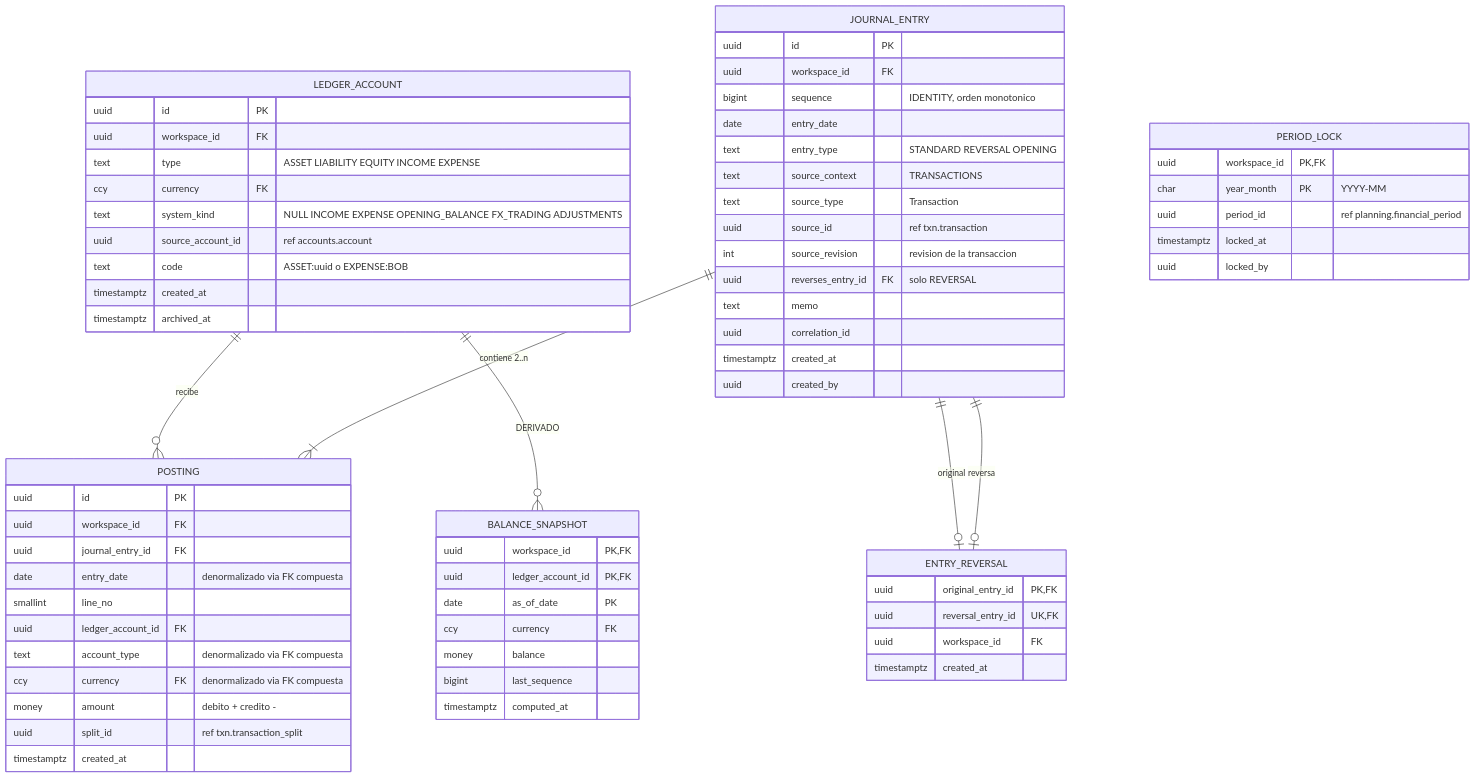
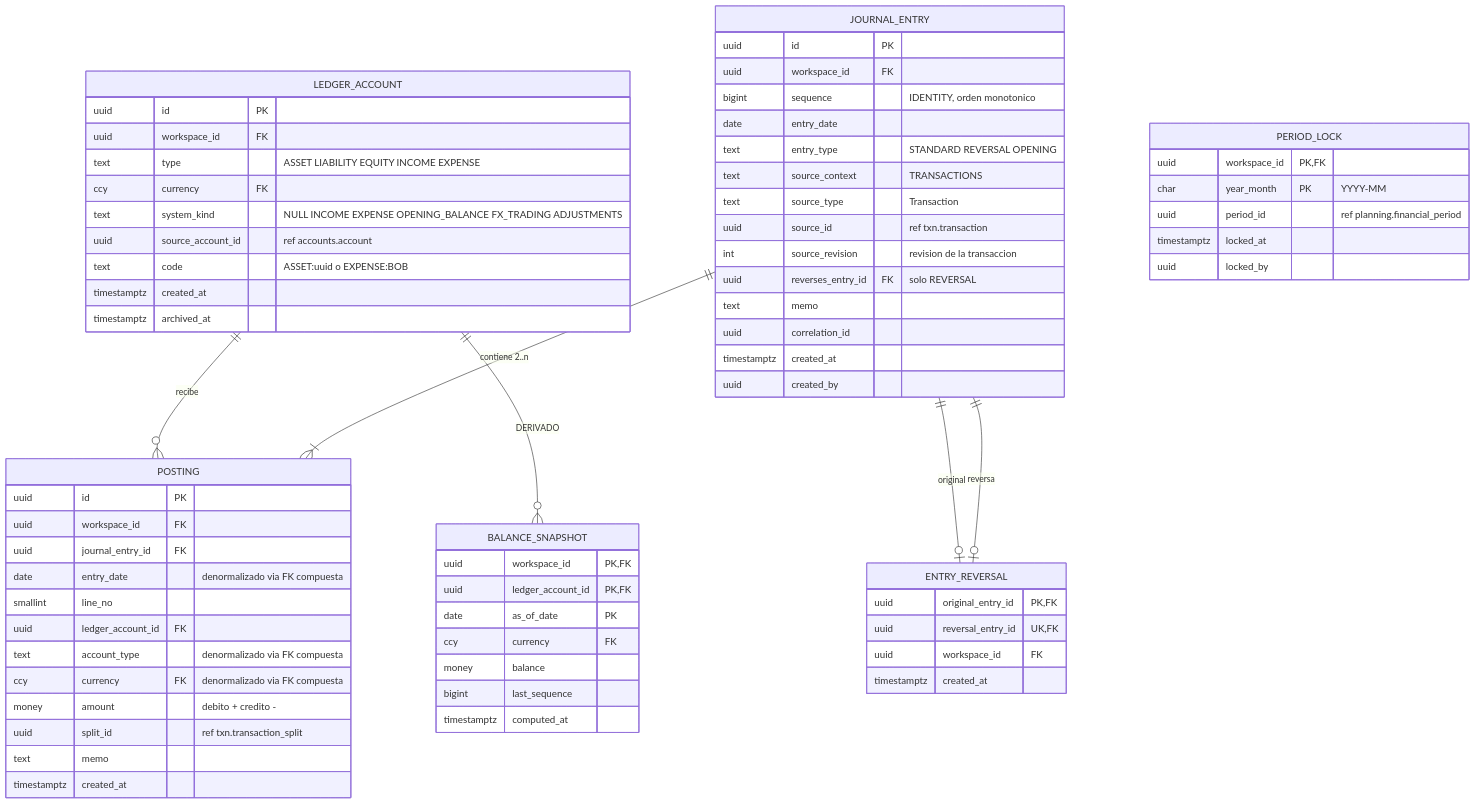
The fifth of 21 diagrams in docs/08-data-model.md (manuXD270516/personal-finances), drawn with Mermaid before and after one commit. The commit also changed other lines of this file and 34 other files, not shown here.

````diff
--- a/docs/08-data-model.md
+++ b/docs/08-data-model.md
@@ -330,70 +344,71 @@
 ```mermaid
 erDiagram
   LEDGER_ACCOUNT ||--o{ POSTING : "recibe"
   JOURNAL_ENTRY ||--|{ POSTING : "contiene 2..n"
   JOURNAL_ENTRY ||--o| ENTRY_REVERSAL : "original"
   JOURNAL_ENTRY ||--o| ENTRY_REVERSAL : "reversa"
   LEDGER_ACCOUNT ||--o{ BALANCE_SNAPSHOT : "DERIVADO"
   LEDGER_ACCOUNT {
     uuid id PK
     uuid workspace_id FK
     text type "ASSET LIABILITY EQUITY INCOME EXPENSE"
     ccy currency FK
     text system_kind "NULL INCOME EXPENSE OPENING_BALANCE FX_TRADING ADJUSTMENTS"
     uuid source_account_id "ref accounts.account"
     text code "ASSET:uuid o EXPENSE:BOB"
     timestamptz created_at
     timestamptz archived_at
   }
   JOURNAL_ENTRY {
     uuid id PK
     uuid workspace_id FK
     bigint sequence "IDENTITY, orden monotonico"
     date entry_date
     text entry_type "STANDARD REVERSAL OPENING"
     text source_context "TRANSACTIONS"
     text source_type "Transaction"
     uuid source_id "ref txn.transaction"
     int source_revision "revision de la transaccion"
     uuid reverses_entry_id FK "solo REVERSAL"
     text memo
     uuid correlation_id
     timestamptz created_at
     uuid created_by
   }
   ENTRY_REVERSAL {
     uuid original_entry_id PK, FK
     uuid reversal_entry_id UK, FK
     uuid workspace_id FK
     timestamptz created_at
   }
   POSTING {
     uuid id PK
     uuid workspace_id FK
     uuid journal_entry_id FK
     date entry_date "denormalizado via FK compuesta"
     smallint line_no
     uuid ledger_account_id FK
     text account_type "denormalizado via FK compuesta"
     ccy currency FK "denormalizado via FK compuesta"
     money amount "debito + credito -"
     uuid split_id "ref txn.transaction_split"
+    text memo
     timestamptz created_at
   }
   PERIOD_LOCK {
     uuid workspace_id PK, FK
     char year_month PK "YYYY-MM"
     uuid period_id "ref planning.financial_period"
     timestamptz locked_at
     uuid locked_by
   }
   BALANCE_SNAPSHOT {
     uuid workspace_id PK, FK
     uuid ledger_account_id PK, FK
     date as_of_date PK
     ccy currency FK
     money balance
     bigint last_sequence
     timestamptz computed_at
   }
 ```
````
